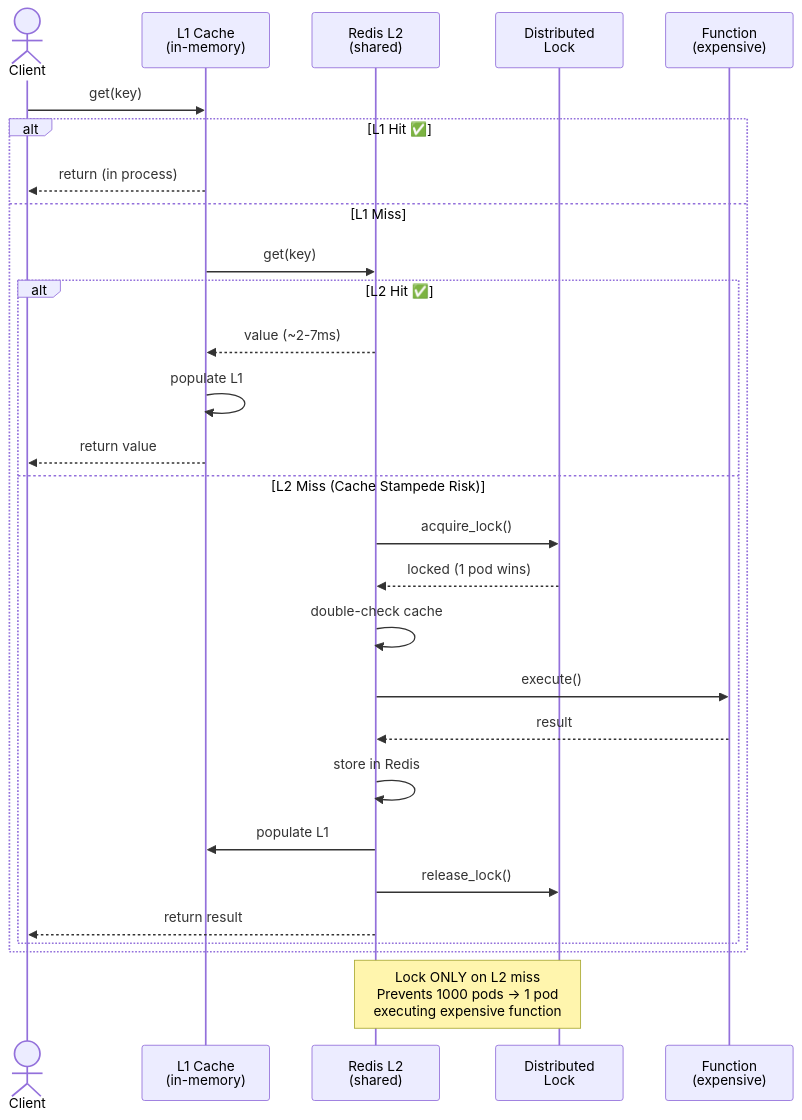
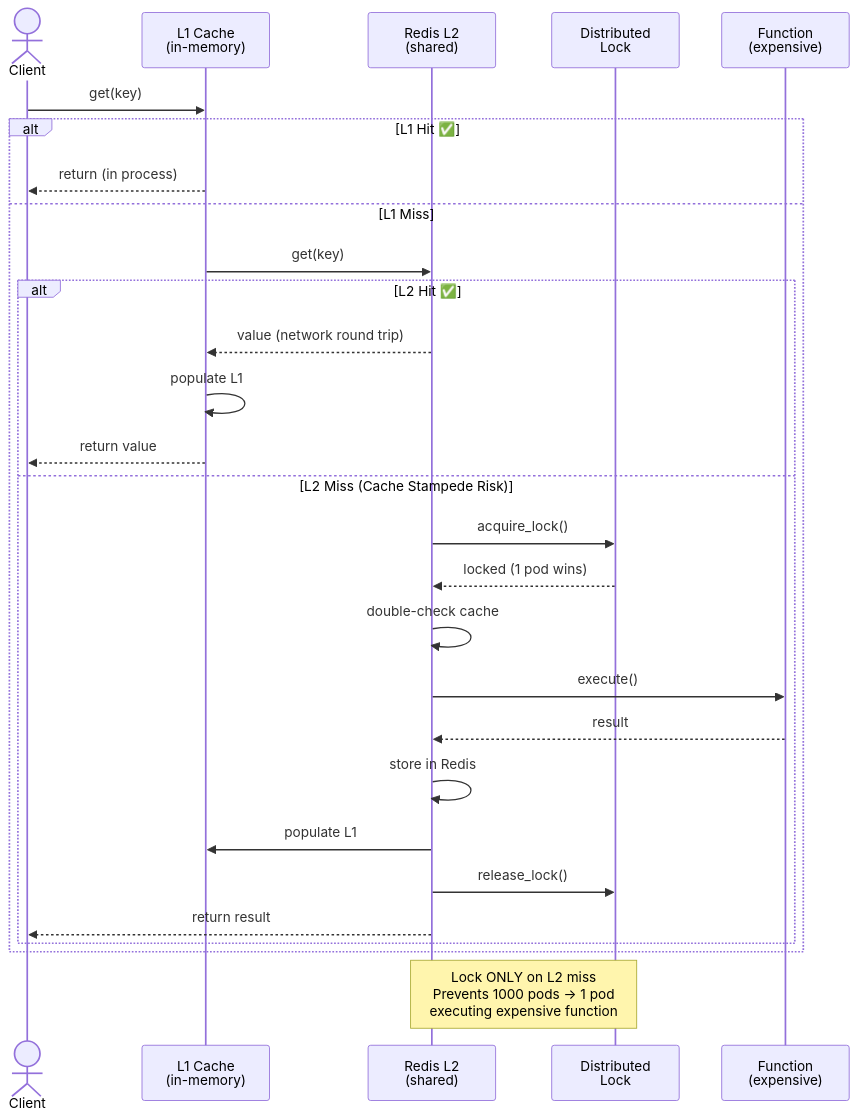
Before and after one commit to cachekit-io/cachekit-py: the diagram in docs/comparison.md, drawn with Mermaid. The commit also changed other lines of this file and 17 other files, not shown here.

````diff
--- a/docs/comparison.md
+++ b/docs/comparison.md
@@ -125,31 +125,31 @@
 ```mermaid
 sequenceDiagram
     actor Client
     participant L1 as L1 Cache<br/>(in-memory)
     participant L2 as Redis L2<br/>(shared)
     participant Lock as Distributed<br/>Lock
     participant Fn as Function<br/>(expensive)
 
     Client->>L1: get(key)
     alt L1 Hit ✅
         L1-->>Client: return (in process)
     else L1 Miss
         L1->>L2: get(key)
         alt L2 Hit ✅
-            L2-->>L1: value (~2-7ms)
+            L2-->>L1: value (network round trip)
             L1->>L1: populate L1
             L1-->>Client: return value
         else L2 Miss (Cache Stampede Risk)
             L2->>Lock: acquire_lock()
             Lock-->>L2: locked (1 pod wins)
             L2->>L2: double-check cache
             L2->>Fn: execute()
             Fn-->>L2: result
             L2->>L2: store in Redis
             L2->>L1: populate L1
             L2->>Lock: release_lock()
             L2-->>Client: return result
         end
     end
     Note over L2,Lock: Lock ONLY on L2 miss<br/>Prevents 1000 pods → 1 pod<br/>executing expensive function
 ```
````
